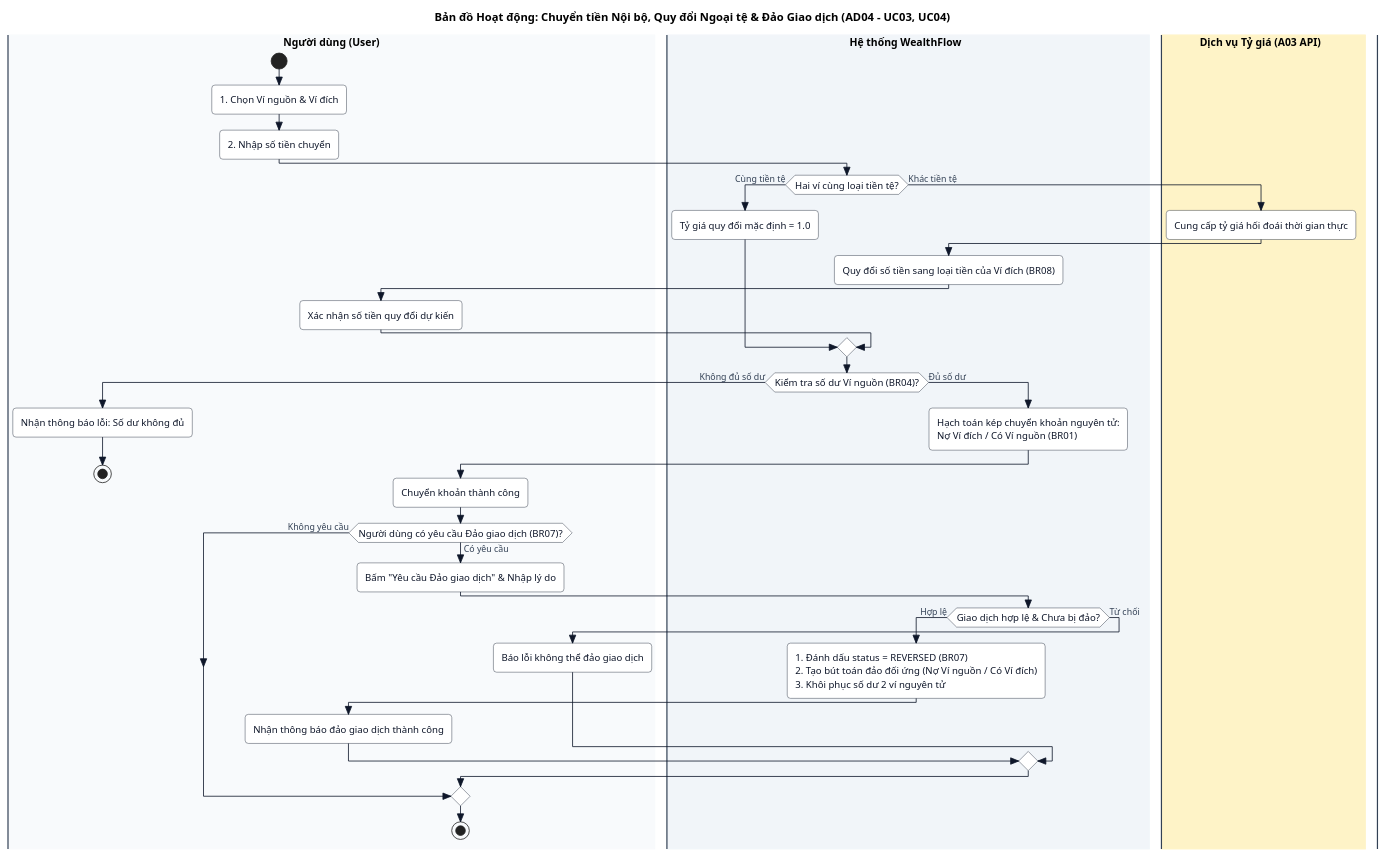
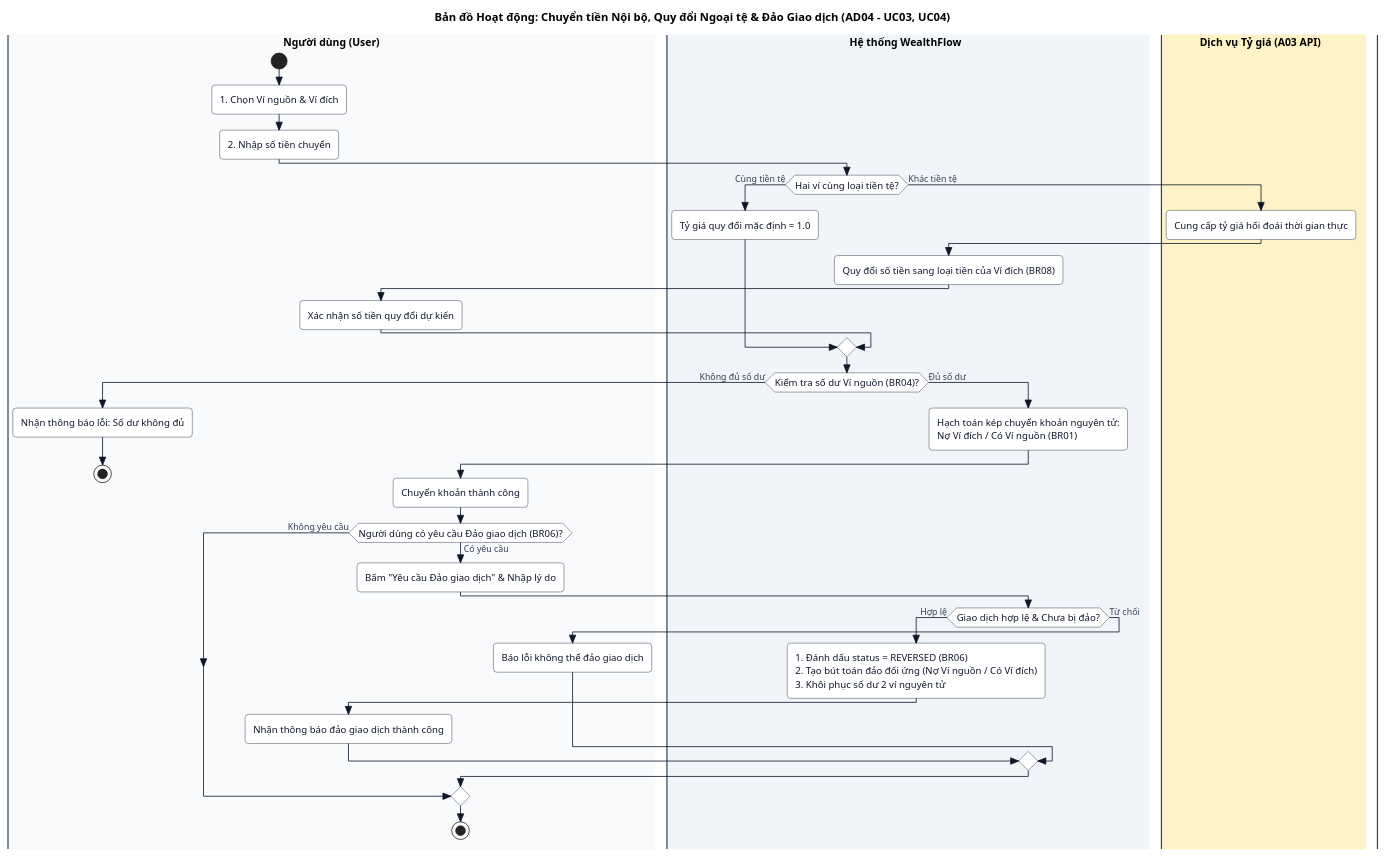
Before and after one commit to huytothevoz/SE---Microfinance-Personal-Wealth-Expense-Tracker: the diagram in docs/02_elaboration/uml_modeling/activity_diagram/sources/ad04.puml, drawn with PlantUML. The commit also changed 8 other files, not shown here.

Commit message:
docs(uml): sync activity, sequence and class diagrams with backend auth and SRS rules

```diff
--- a/docs/02_elaboration/uml_modeling/activity_diagram/sources/ad04.puml
+++ b/docs/02_elaboration/uml_modeling/activity_diagram/sources/ad04.puml
@@ -1,67 +1,67 @@
 title Bản đồ Hoạt động: Chuyển tiền Nội bộ, Quy đổi Ngoại tệ & Đảo Giao dịch (AD04 - UC03, UC04)
 
 skinparam style strictuml
 skinparam defaultFontName "Segoe UI", Arial, sans-serif
 skinparam defaultFontSize 12
 skinparam roundCorner 8
 skinparam swimlaneWidth same
 skinparam swimlaneBorderColor #334155
 skinparam swimlaneBorderThickness 1.5
 skinparam swimlaneTitleFontStyle bold
 skinparam swimlaneTitleFontSize 13
 
 skinparam ActivityBorderColor #0F172A
 skinparam ActivityBackgroundColor #FFFFFF
 skinparam ActivityFontSize 12
 skinparam ActivityFontColor #0F172A
 skinparam ActivityDiamondBorderColor #0F172A
 skinparam ActivityDiamondBackgroundColor #FFFFFF
 
 skinparam ArrowColor #0F172A
 skinparam ArrowFontSize 11
 skinparam ArrowFontColor #334155
 
 
 |#F8FAFC|Người dùng (User)|
 start
 :1. Chọn Ví nguồn & Ví đích;
 :2. Nhập số tiền chuyển;
 
 |#F1F5F9|Hệ thống WealthFlow|
 if (Hai ví cùng loại tiền tệ?) then (Cùng tiền tệ)
   :Tỷ giá quy đổi mặc định = 1.0;
 else (Khác tiền tệ)
   |#FEF3C7|Dịch vụ Tỷ giá (A03 API)|
   :Cung cấp tỷ giá hối đoái thời gian thực;
   |#F1F5F9|Hệ thống WealthFlow|
   :Quy đổi số tiền sang loại tiền của Ví đích (BR08);
   |#F8FAFC|Người dùng (User)|
   :Xác nhận số tiền quy đổi dự kiến;
 endif
 
 |#F1F5F9|Hệ thống WealthFlow|
 if (Kiểm tra số dư Ví nguồn (BR04)?) then (Không đủ số dư)
   |#F8FAFC|Người dùng (User)|
   :Nhận thông báo lỗi: Số dư không đủ;
   stop
 else (Đủ số dư)
   |#F1F5F9|Hệ thống WealthFlow|
   :Hạch toán kép chuyển khoản nguyên tử:\nNợ Ví đích / Có Ví nguồn (BR01);
   |#F8FAFC|Người dùng (User)|
   :Chuyển khoản thành công;
   
-  if (Người dùng có yêu cầu Đảo giao dịch (BR07)?) then (Có yêu cầu)
+  if (Người dùng có yêu cầu Đảo giao dịch (BR06)?) then (Có yêu cầu)
     :Bấm "Yêu cầu Đảo giao dịch" & Nhập lý do;
     |#F1F5F9|Hệ thống WealthFlow|
     if (Giao dịch hợp lệ & Chưa bị đảo?) then (Hợp lệ)
-      :1. Đánh dấu status = REVERSED (BR07)\n2. Tạo bút toán đảo đối ứng (Nợ Ví nguồn / Có Ví đích)\n3. Khôi phục số dư 2 ví nguyên tử;
+      :1. Đánh dấu status = REVERSED (BR06)\n2. Tạo bút toán đảo đối ứng (Nợ Ví nguồn / Có Ví đích)\n3. Khôi phục số dư 2 ví nguyên tử;
       |#F8FAFC|Người dùng (User)|
       :Nhận thông báo đảo giao dịch thành công;
     else (Từ chối)
       |#F8FAFC|Người dùng (User)|
       :Báo lỗi không thể đảo giao dịch;
     endif
   else (Không yêu cầu)
   endif
   stop
 endif
```
